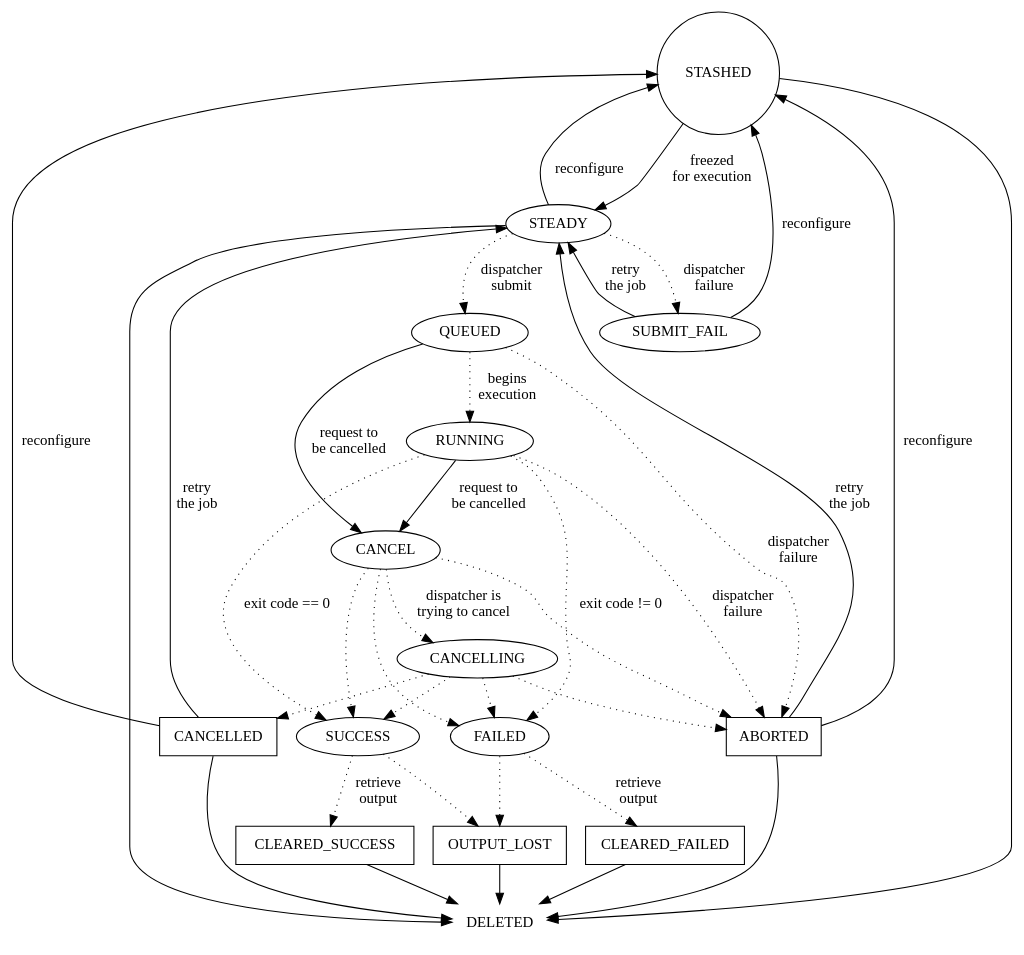
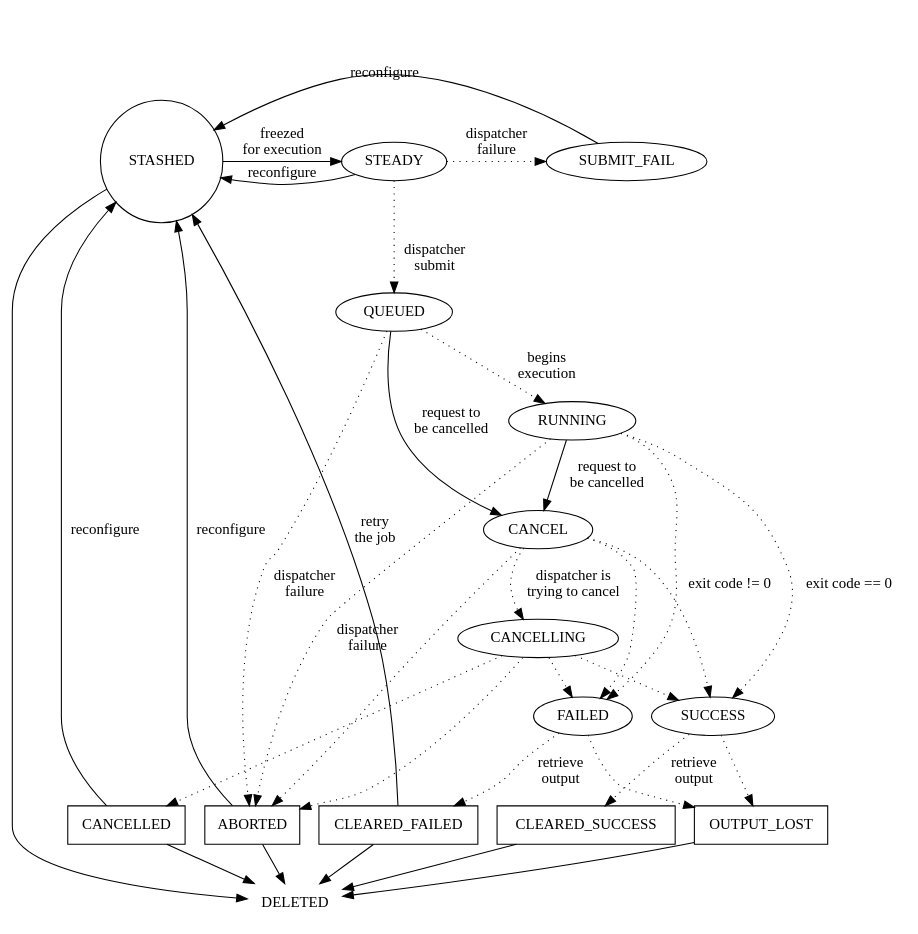
The diagram in brownthrower/doc/manager_job_states.dot (ptallada/brownthrower), drawn with Graphviz before and after one commit. The commit also changed 3 other files, not shown here.

```diff
--- a/brownthrower/doc/manager_job_states.dot
+++ b/brownthrower/doc/manager_job_states.dot
@@ -1,70 +1,80 @@
 digraph job_states {
     // Possible job states
-    STASHED          [shape="circle"];    // The job is in preparation phase. It is being configured and cannot be executed yet.
-    STEADY           [shape="ellipse"];   // The job has been configured and its dependencies are already set. It will be executed as soon as possible.
-    SUBMIT_FAIL      [shape="ellipse"];   // The dispatcher has been unable to submit this job for execution.
-    QUEUED           [shape="ellipse"];   // The dispatcher has submitted this job for execution and it is waiting for some resources to be available.
-    RUNNING          [shape="ellipse"];   // The job is being executed.
-    ABORTED          [shape="box"];       // The job has failed to complete its execution.
-    CANCEL           [shape="ellipse"];   // The user has asked to cancel this job.
-    CANCELLING       [shape="ellipse"];   // The dispatcher is trying to cancel this job
-    CANCELLED        [shape="box"];       // The job has been cancelled.
-    SUCCESS          [shape="ellipse"];   // The job has finished with exit code == 0
-    FAILED           [shape="ellipse"];   // The job has finished with exit code != 0
-    CLEARED_SUCCESS  [shape="box"];       // The dispatcher has retrieved the output of this job.
-    CLEARED_FAILED   [shape="box"];       // The dispatcher has retrieved the output of this job.
-    OUTPUT_LOST      [shape="box"];       // The dispatcher could not retrieve the output of this job.
-    DELETED          [shape="plaintext"]; // The job has been deleted.
+    { rank="min"
+        STASHED          [shape="circle"];    // The job is in preparation phase. It is being configured and cannot be executed yet.
+        STEADY           [shape="ellipse"];   // The job has been configured and its dependencies are already set. It will be executed as soon as possible.
+        SUBMIT_FAIL      [shape="ellipse"];   // The dispatcher has been unable to submit this job for execution.
+    }
+    {
+        QUEUED           [shape="ellipse"];   // The dispatcher has submitted this job for execution and it is waiting for some resources to be available.
+        RUNNING          [shape="ellipse"];   // The job is being executed.
+        CANCEL           [shape="ellipse"];   // The user has asked to cancel this job.
+        CANCELLING       [shape="ellipse"];   // The dispatcher is trying to cancel this job
+        SUCCESS          [shape="ellipse"];   // The job has finished with exit code == 0
+        FAILED           [shape="ellipse"];   // The job has finished with exit code != 0
+    }
+    { rank="same";
+        CANCELLED        [shape="box"];       // The job has been cancelled.
+        ABORTED          [shape="box"];       // The job has failed to complete its execution.
+        CLEARED_SUCCESS  [shape="box"];       // The dispatcher has retrieved the output of this job.
+        CLEARED_FAILED   [shape="box"];       // The dispatcher has retrieved the output of this job.
+        OUTPUT_LOST      [shape="box"];       // The dispatcher could not retrieve the output of this job.
+    }
+    {
+        DELETED          [shape="plaintext"]; // The job has been deleted.
+    }
     
     // Expected flow
     STASHED         -> STEADY           [style="solid",  label="freezed\nfor execution"];
     STEADY          -> QUEUED           [style="dotted", label="dispatcher\nsubmit"];
     QUEUED          -> RUNNING          [style="dotted", label="begins\nexecution"];
     RUNNING         -> SUCCESS          [style="dotted", label="exit code == 0"];
     SUCCESS         -> CLEARED_SUCCESS  [style="dotted", label="retrieve\noutput"];
     
     // Submit failure
     STEADY          -> SUBMIT_FAIL      [style="dotted", label="dispatcher\nfailure"];
     
     // The job fails with exit code != 0
     RUNNING         -> FAILED           [style="dotted", label="exit code != 0"];
     FAILED          -> CLEARED_FAILED   [style="dotted", label="retrieve\noutput"];
     
     // The output is lost
     SUCCESS         -> OUTPUT_LOST      [style="dotted", label=""];
     FAILED          -> OUTPUT_LOST      [style="dotted", label=""];
     
     // The job is aborted
     QUEUED          -> ABORTED          [style="dotted", label="dispatcher\nfailure"];
     RUNNING         -> ABORTED          [style="dotted", label="dispatcher\nfailure"];
     
     // The job has to be cancelled
     QUEUED          -> CANCEL           [style="solid",  label="request to\nbe cancelled"];
     RUNNING         -> CANCEL           [style="solid",  label="request to\nbe cancelled"];
     CANCEL          -> CANCELLING       [style="dotted", label="dispatcher is\ntrying to cancel"];
     CANCEL          -> ABORTED          [style="dotted", label=""];
     CANCEL          -> SUCCESS          [style="dotted", label=""];
     CANCEL          -> FAILED           [style="dotted", label=""];
     CANCELLING      -> CANCELLED        [style="dotted", label=""];
     CANCELLING      -> ABORTED          [style="dotted", label=""];
     CANCELLING      -> SUCCESS          [style="dotted", label=""];
     CANCELLING      -> FAILED           [style="dotted", label=""];
     
     // Reflows
     SUBMIT_FAIL     -> STASHED          [style="solid",  label="reconfigure"];
-    SUBMIT_FAIL     -> STEADY           [style="solid",  label="retry\nthe job"];
+#    SUBMIT_FAIL     -> STEADY           [style="solid",  label="retry\nthe job"];
     ABORTED         -> STASHED          [style="solid",  label="reconfigure"];
-    ABORTED         -> STEADY           [style="solid",  label="retry\nthe job"];
-    CANCELLED       -> STEADY           [style="solid",  label="retry\nthe job"];
+#    ABORTED         -> STEADY           [style="solid",  label="retry\nthe job"];
+#    CANCELLED       -> STEADY           [style="solid",  label="retry\nthe job"];
     CANCELLED       -> STASHED          [style="solid",  label="reconfigure"];
+    CLEARED_FAILED  -> STASHED          [style="solid",  label="retry\nthe job"];
+#    CLEARED_FAILED  -> STEADY           [style="solid",  label="retry\nthe job"];
     STEADY          -> STASHED          [style="solid",  label="reconfigure"];
     
     // Remove
     STASHED         -> DELETED          [style="solid",  label=""];
-    STEADY          -> DELETED          [style="solid",  label=""];
+#    STEADY          -> DELETED          [style="solid",  label=""];
     CANCELLED       -> DELETED          [style="solid",  label=""];
     ABORTED         -> DELETED          [style="solid",  label=""];
     CLEARED_SUCCESS -> DELETED          [style="solid",  label=""];
     CLEARED_FAILED  -> DELETED          [style="solid",  label=""];
     OUTPUT_LOST     -> DELETED          [style="solid",  label=""];
 }
```
